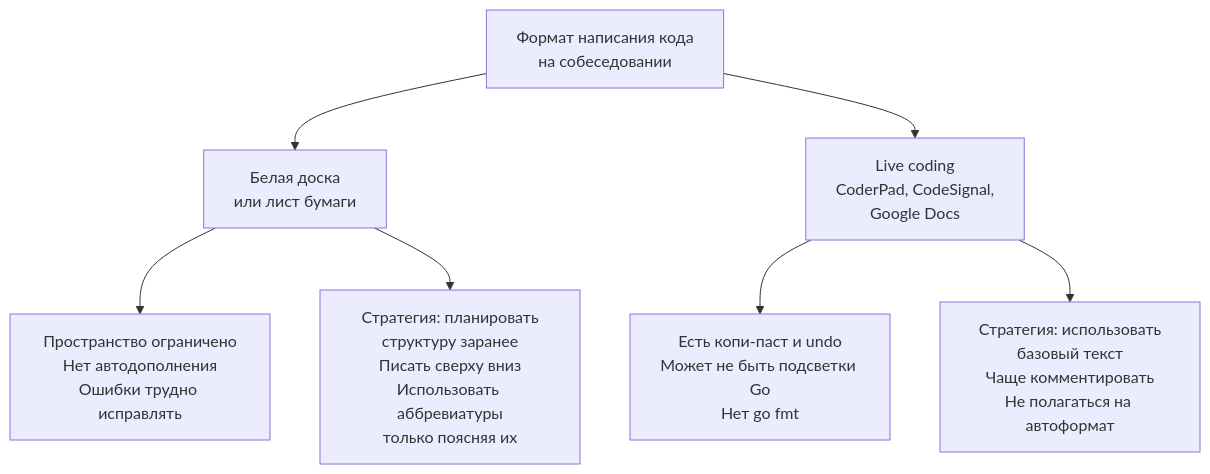
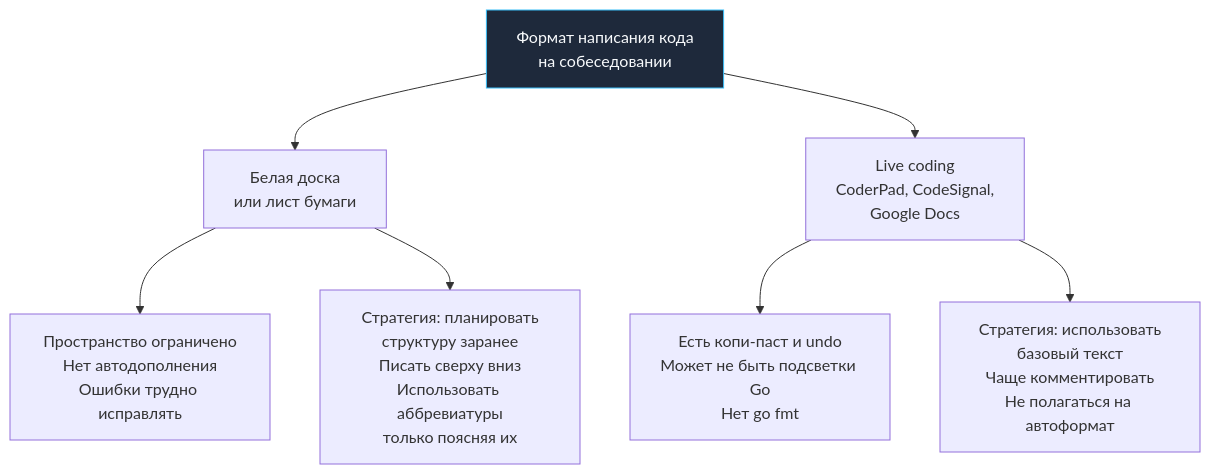
Before and after one commit to UnrealTemplier/go-textbook: the diagram in sources/21. Задачи с LeetCode и собеседований на Go/01. Теория/23. Белая доска и live coding.md, drawn with Mermaid. The commit also changed 1666 other files, not shown here.

First line of the commit message:
feat(mermaid): add semantic color classDef to 1369 colorless flowchart/graph diagrams

````diff
--- a/sources/21. Задачи с LeetCode и собеседований на Go/01. Теория/23. Белая доска и live coding.md
+++ b/sources/21. Задачи с LeetCode и собеседований на Go/01. Теория/23. Белая доска и live coding.md
@@ -10,11 +10,21 @@
 ```mermaid
 flowchart TD
-    Start["Формат написания кода<br>на собеседовании"] --> White["Белая доска<br>или лист бумаги"]
+    classDef process  fill:#1e293b,stroke:#38bdf8,stroke-width:1px,color:#f8fafc
+    classDef success  fill:#064e3b,stroke:#34d399,stroke-width:1px,color:#f8fafc
+    classDef error    fill:#7f1d1d,stroke:#f87171,stroke-width:1px,color:#f8fafc
+    classDef warning  fill:#78350f,stroke:#fbbf24,stroke-width:1px,color:#f8fafc
+    classDef entry    fill:#1e3a5f,stroke:#38bdf8,stroke-width:2px,color:#f8fafc
+    classDef aux      fill:#334155,stroke:#64748b,stroke-width:1px,color:#f8fafc
+    classDef system   fill:#312e81,stroke:#a78bfa,stroke-width:1px,color:#f8fafc
+    classDef data     fill:#132d29,stroke:#2dd4bf,stroke-width:1px,color:#f8fafc
+    classDef network  fill:#881337,stroke:#fb7185,stroke-width:1px,color:#f8fafc
+    classDef accent   fill:#1e1b4b,stroke:#818cf8,stroke-width:1px,color:#f8fafc
+    Start["Формат написания кода<br>на собеседовании"]:::process --> White["Белая доска<br>или лист бумаги"]
     Start --> Live["Live coding<br>CoderPad, CodeSignal,<br>Google Docs"]
     
     White --> W1["Пространство ограничено<br>Нет автодополнения<br>Ошибки трудно исправлять"]
     White --> W2["Стратегия: планировать<br>структуру заранее<br>Писать сверху вниз<br>Использовать аббревиатуры<br>только поясняя их"]
     
     Live --> L1["Есть копи-паст и undo<br>Может не быть подсветки Go<br>Нет go fmt"]
     Live --> L2["Стратегия: использовать<br>базовый текст<br>Чаще комментировать<br>Не полагаться на автоформат"]
 ```
````
